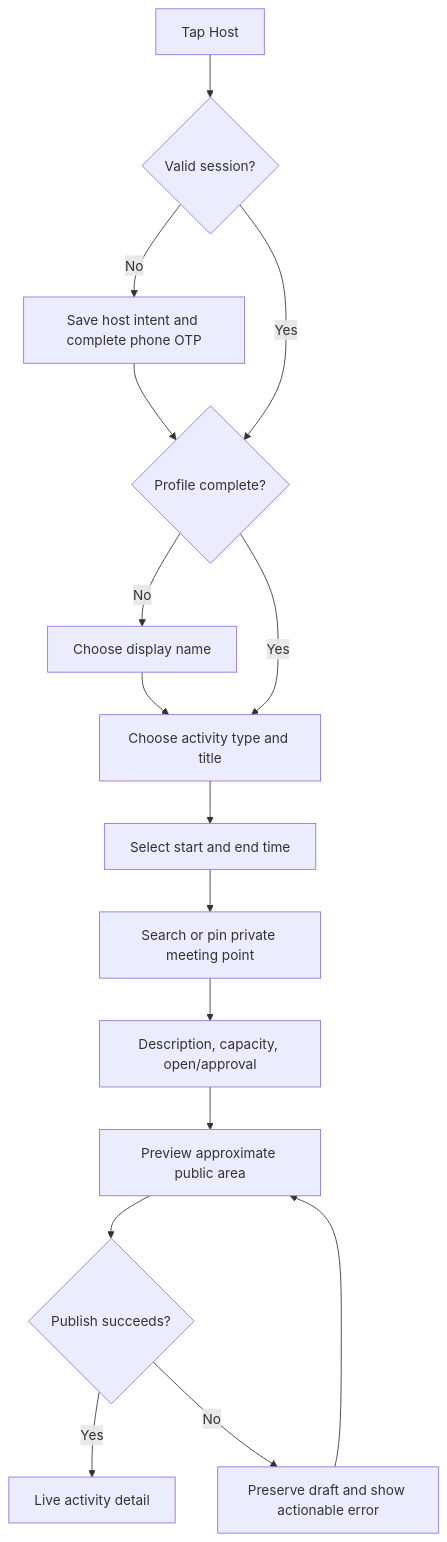
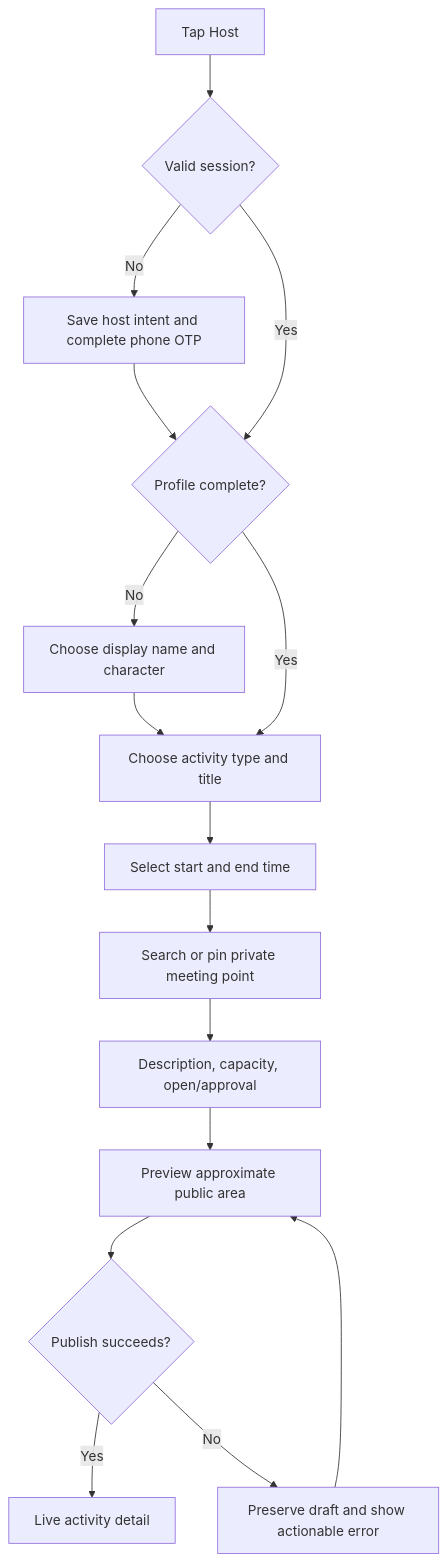
One commit to ansh0eman/NearHere changed the third of 7 diagrams in docs/ux-flows.md. Above: the diagram before and after it, drawn with Mermaid. The commit also changed other lines of this file and 75 other files, not shown here.

````diff
--- a/docs/ux-flows.md
+++ b/docs/ux-flows.md
@@ -67,18 +67,18 @@
 ```mermaid
 flowchart TD
     MAP["Tap Host"] --> SESSION{"Valid session?"}
     SESSION -->|"No"| AUTH["Save host intent and complete phone OTP"]
     AUTH --> PROFILE{"Profile complete?"}
     SESSION -->|"Yes"| PROFILE
-    PROFILE -->|"No"| ONBOARD["Choose display name"]
+    PROFILE -->|"No"| ONBOARD["Choose display name and character"]
     ONBOARD --> BASICS
     PROFILE -->|"Yes"| BASICS["Choose activity type and title"]
     BASICS --> TIME["Select start and end time"]
     TIME --> PLACE["Search or pin private meeting point"]
     PLACE --> RULES["Description, capacity, open/approval"]
     RULES --> PREVIEW["Preview approximate public area"]
     PREVIEW --> PUBLISH{"Publish succeeds?"}
     PUBLISH -->|"Yes"| LIVE["Live activity detail"]
     PUBLISH -->|"No"| RECOVER["Preserve draft and show actionable error"]
     RECOVER --> PREVIEW
 ```
````
